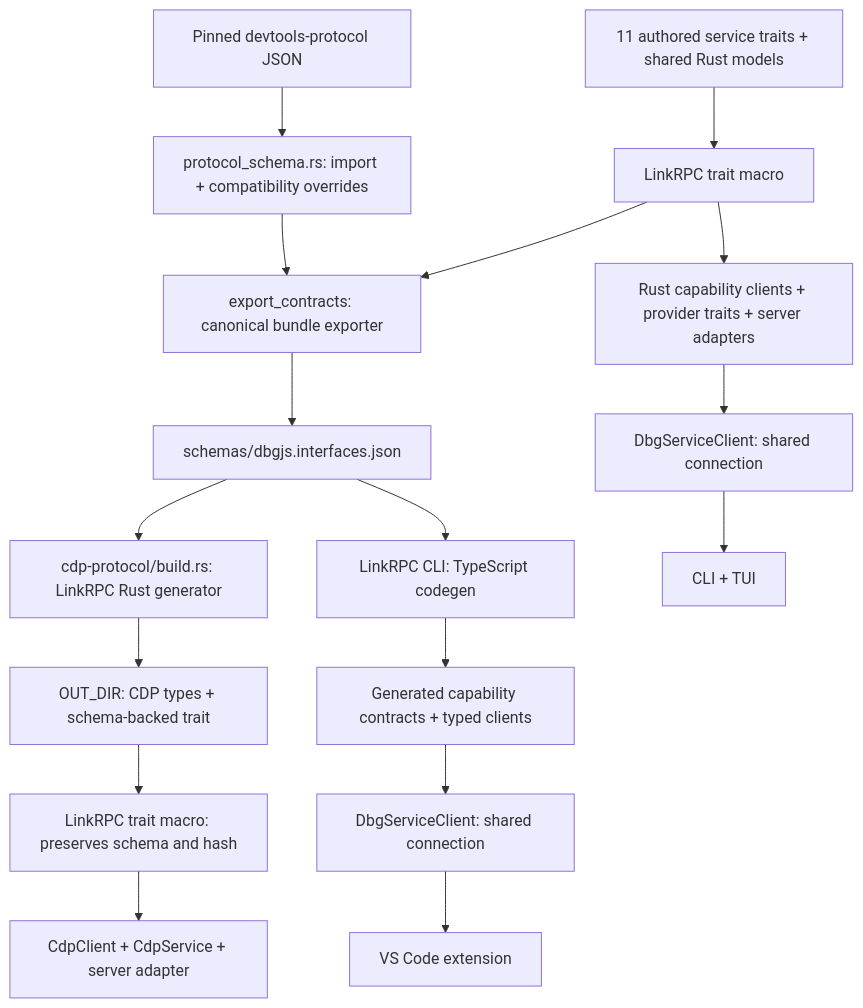
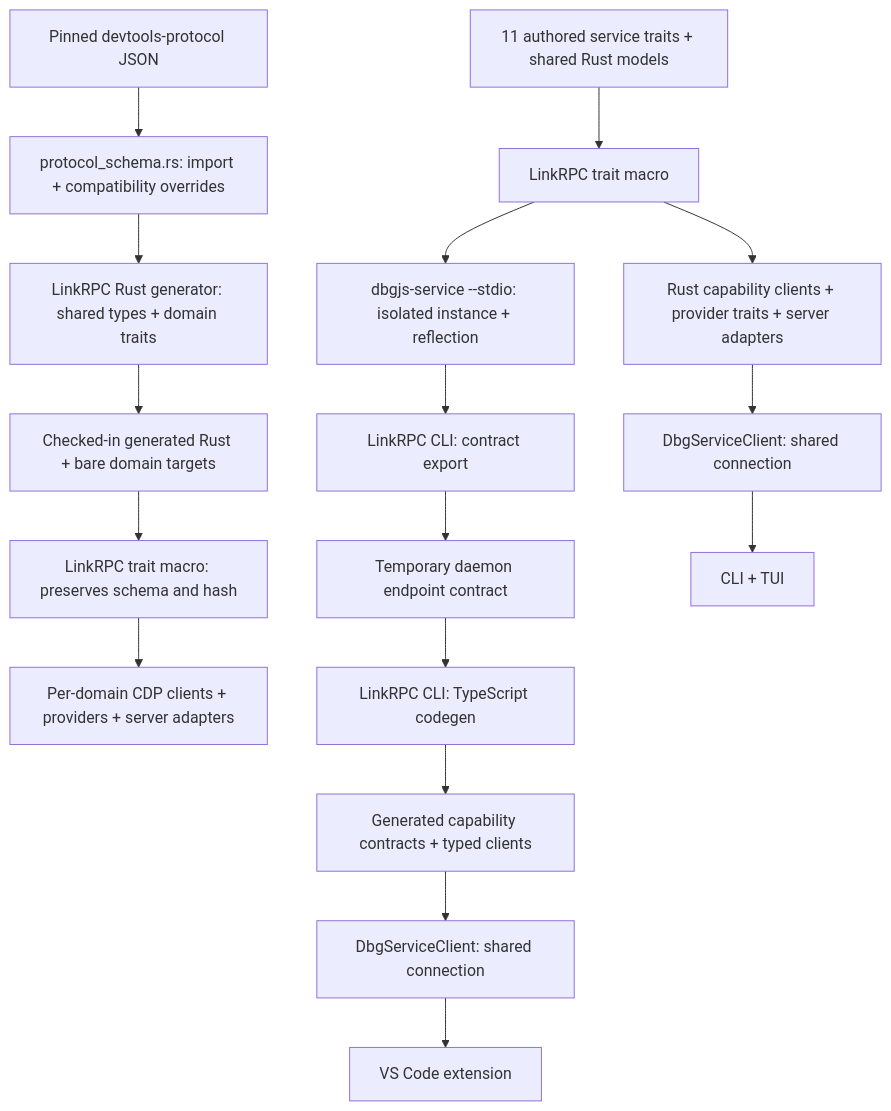
One commit to hediet/dbgjs changed the diagram in docs/contracts.md. Above: the diagram before and after it, drawn with Mermaid. The commit also changed other lines of this file and 138 other files, not shown here.

First line of the commit message:
Generate daemon contracts from reflection and bind CDP domains

````diff
--- a/docs/contracts.md
+++ b/docs/contracts.md
@@ -22,19 +19,19 @@
 ```mermaid
 flowchart TD
     CDP["Pinned devtools-protocol JSON"] --> Import["protocol_schema.rs: import + compatibility overrides"]
-    Import --> Export["export_contracts: canonical bundle exporter"]
+    Import --> CdpGen["LinkRPC Rust generator: shared types + domain traits"]
+    CdpGen --> Generated["Checked-in generated Rust + bare domain targets"]
+    Generated --> CdpMacro["LinkRPC trait macro: preserves schema and hash"]
+    CdpMacro --> Cdp["Per-domain CDP clients + providers + server adapters"]
     Traits["11 authored service traits + shared Rust models"] --> Macro["LinkRPC trait macro"]
     Macro --> Rust["Rust capability clients + provider traits + server adapters"]
-    Macro --> Export
-    Export --> Bundle["schemas/dbgjs.interfaces.json"]
-    Bundle --> Build["cdp-protocol/build.rs: LinkRPC Rust generator"]
-    Build --> Generated["OUT_DIR: CDP types + schema-backed trait"]
-    Generated --> CdpMacro["LinkRPC trait macro: preserves schema and hash"]
-    CdpMacro --> Cdp["CdpClient + CdpService + server adapter"]
+    Macro --> Daemon["dbgjs-service --stdio: isolated instance + reflection"]
+    Daemon --> Export["LinkRPC CLI: contract export"]
+    Export --> Bundle["Temporary daemon endpoint contract"]
     Bundle --> CLI["LinkRPC CLI: TypeScript codegen"]
     CLI --> TS["Generated capability contracts + typed clients"]
     Rust --> RustFacade["DbgServiceClient: shared connection"]
     TS --> TSFacade["DbgServiceClient: shared connection"]
     RustFacade --> Consumers["CLI + TUI"]
     TSFacade --> Extension["VS Code extension"]
 ```
````
